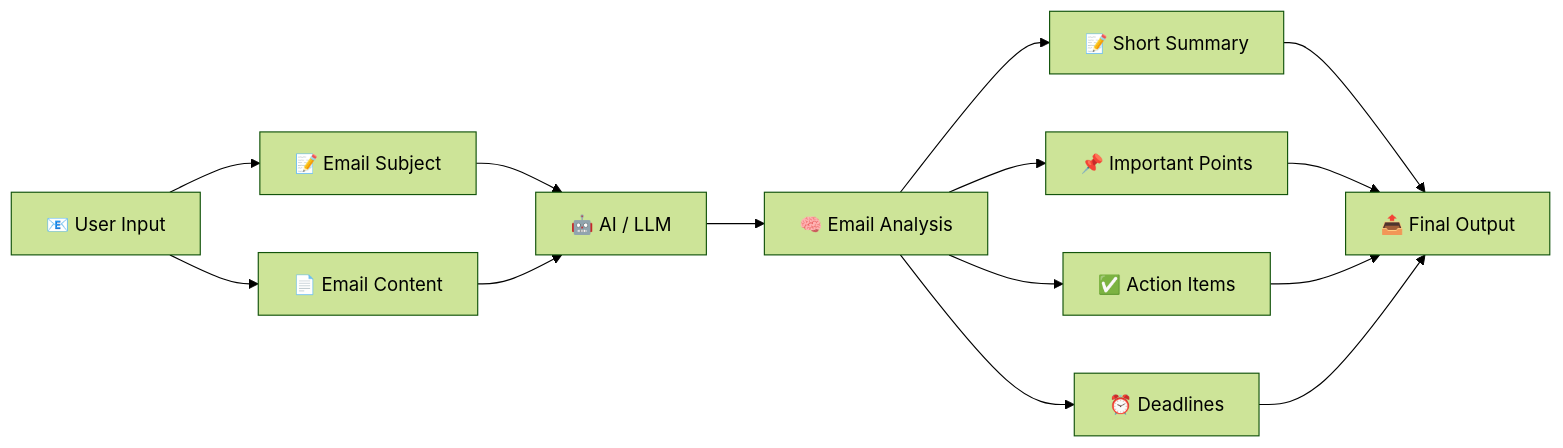
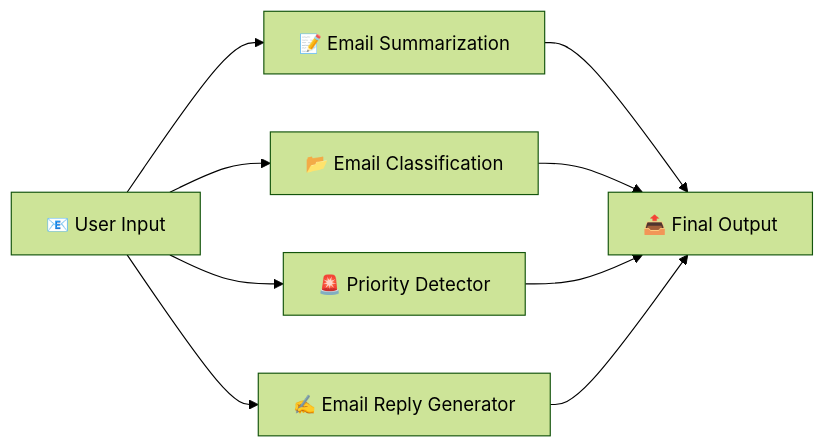
Before and after one commit to srudhyasankaranarayanan/MailMindAI: the diagram in README.md, drawn with Mermaid (forest theme).

````diff
--- a/README.md
+++ b/README.md
@@ -11,20 +11,14 @@
 ```mermaid
 flowchart LR
-    A[📧 User Input] --> B[📝 Email Subject]
-    A --> C[📄 Email Content]
+    A[📧 User Input]
 
-    B --> D[🤖 AI / LLM]
-    C --> D
+    A --> B[📝 Email Summarization]
+    A --> C[📂 Email Classification]
+    A --> D[🚨 Priority Detector]
+    A --> E[✍️ Email Reply Generator]
 
-    D --> E[🧠 Email Analysis]
-
-    E --> F[📝 Short Summary]
-    E --> G[📌 Important Points]
-    E --> H[✅ Action Items]
-    E --> I[⏰ Deadlines]
-
-    F --> J[📤 Final Output]
-    G --> J
-    H --> J
-    I --> J
+    B --> F[📤 Final Output]
+    C --> F
+    D --> F
+    E --> F
 ```
````
